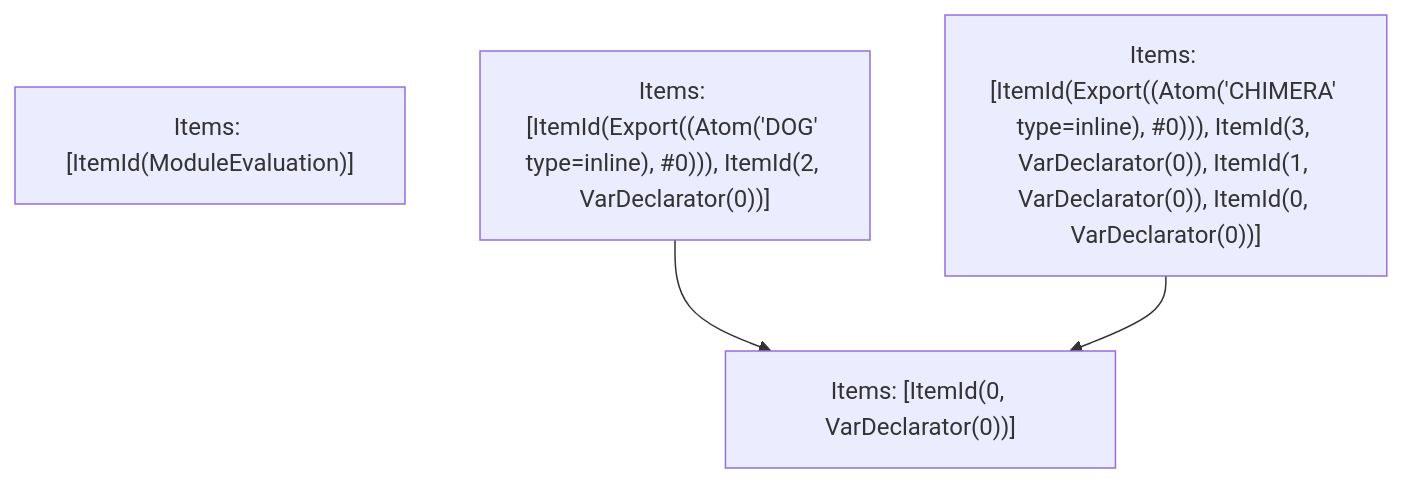
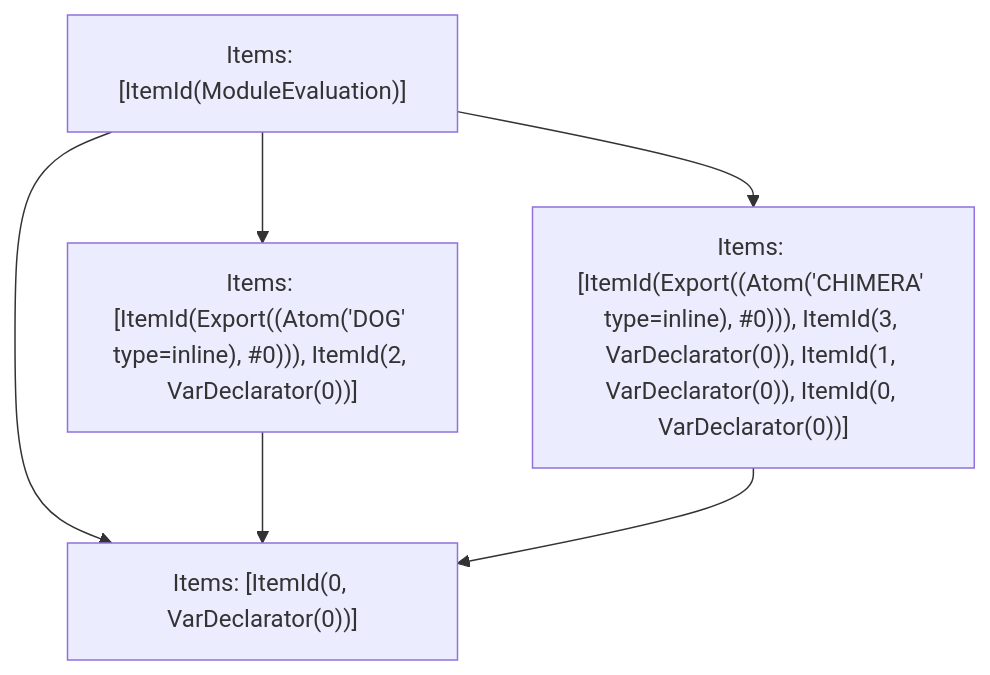
Before and after one commit to vercel/turborepo: the fifth of 5 diagrams in crates/turbopack-ecmascript/tests/tree-shaker/analyzer/simple/output.md, drawn with Mermaid. The commit also changed 2 other files, not shown here.

Commit message:
Update test refs

````diff
--- a/crates/turbopack-ecmascript/tests/tree-shaker/analyzer/simple/output.md
+++ b/crates/turbopack-ecmascript/tests/tree-shaker/analyzer/simple/output.md
@@ -124,9 +124,12 @@
 ```mermaid
 graph TD
     N0["Items: [ItemId(ModuleEvaluation)]"];
     N1["Items: [ItemId(Export((Atom('DOG' type=inline), #0))), ItemId(2, VarDeclarator(0))]"];
     N2["Items: [ItemId(Export((Atom('CHIMERA' type=inline), #0))), ItemId(3, VarDeclarator(0)), ItemId(1, VarDeclarator(0)), ItemId(0, VarDeclarator(0))]"];
     N3["Items: [ItemId(0, VarDeclarator(0))]"];
+    N0 --> N3;
+    N0 --> N1;
+    N0 --> N2;
     N1 --> N3;
     N2 --> N3;
 ```
````
